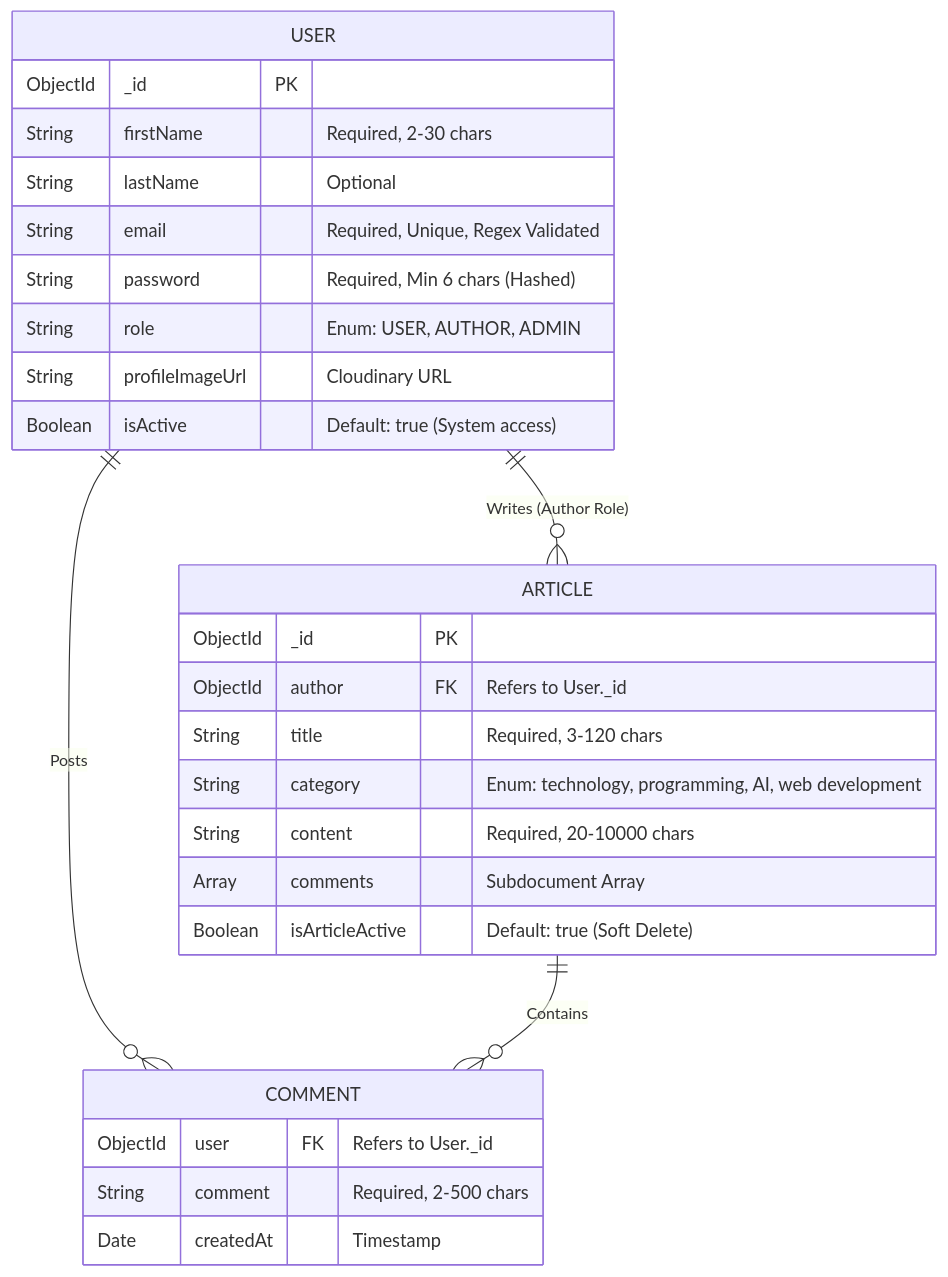
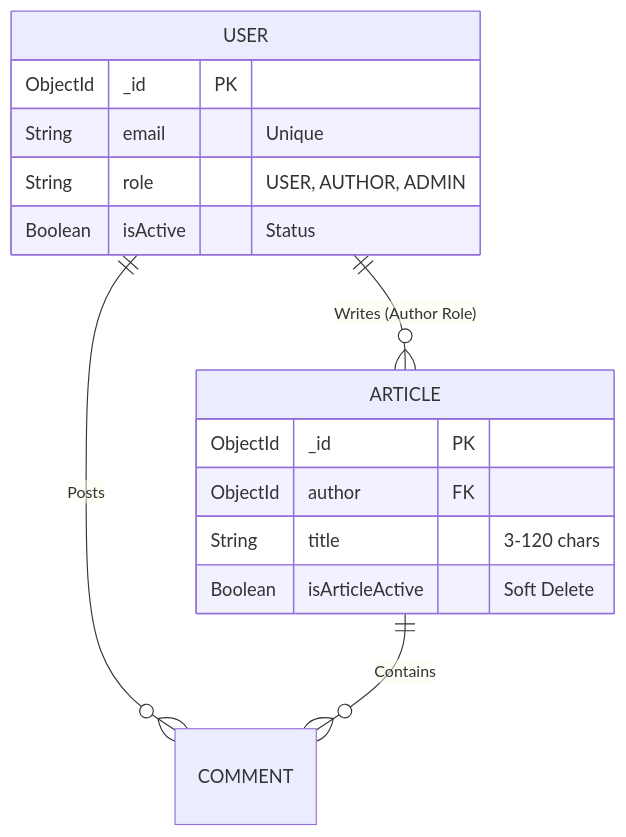
The second of 2 diagrams in README.md (Akhila-1703/blog-app), drawn with Mermaid before and after one commit. The commit also changed other lines of this file and 2 other files, not shown here.

````diff
--- a/README.md
+++ b/README.md
@@ -120,33 +58,20 @@
 ```mermaid
 erDiagram
     USER ||--o{ ARTICLE : "Writes (Author Role)"
     USER ||--o{ COMMENT : "Posts"
     ARTICLE ||--o{ COMMENT : "Contains"
 
     USER {
         ObjectId _id PK
-        String firstName "Required, 2-30 chars"
-        String lastName "Optional"
-        String email "Required, Unique, Regex Validated"
-        String password "Required, Min 6 chars (Hashed)"
-        String role "Enum: USER, AUTHOR, ADMIN"
-        String profileImageUrl "Cloudinary URL"
-        Boolean isActive "Default: true (System access)"
+        String email "Unique"
+        String role "USER, AUTHOR, ADMIN"
+        Boolean isActive "Status"
     }
 
     ARTICLE {
         ObjectId _id PK
-        ObjectId author FK "Refers to User._id"
-        String title "Required, 3-120 chars"
-        String category "Enum: technology, programming, AI, web development"
-        String content "Required, 20-10000 chars"
-        Array comments "Subdocument Array"
-        Boolean isArticleActive "Default: true (Soft Delete)"
-    }
-
-    COMMENT {
-        ObjectId user FK "Refers to User._id"
-        String comment "Required, 2-500 chars"
-        Date createdAt "Timestamp"
+        ObjectId author FK
+        String title "3-120 chars"
+        Boolean isArticleActive "Soft Delete"
     }
 ```
````
